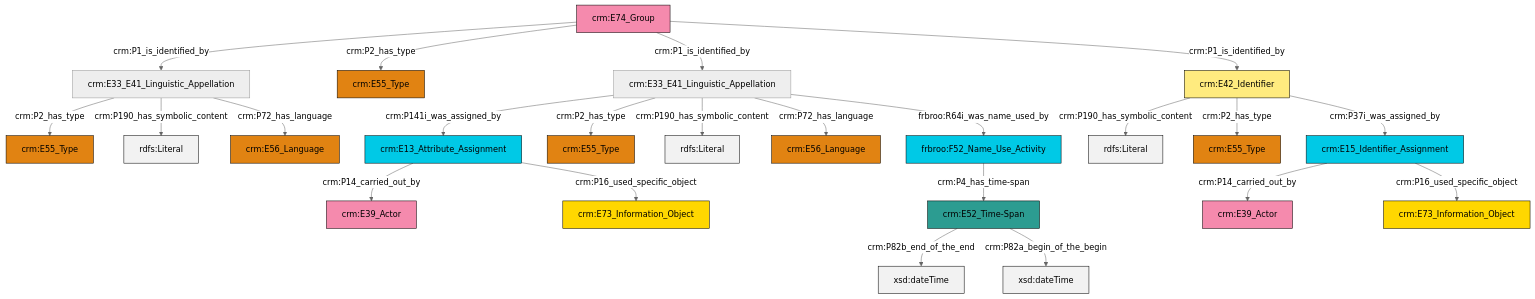
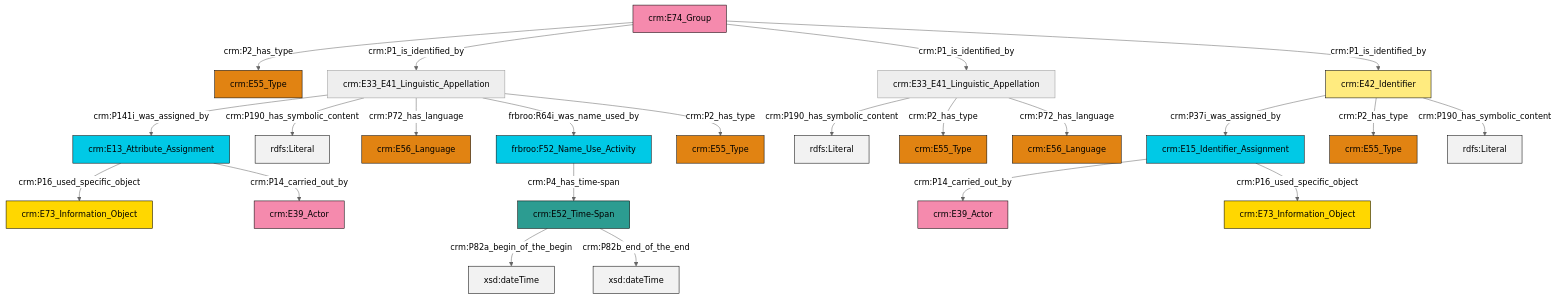
Before and after one commit to swiss-art-research-net/docs.swissartresearch: the diagram in et/groupCSV/ttl/mmd/group_name.ttl.mmd, drawn with Mermaid (neutral theme). The commit also changed 180 other files, not shown here.

```diff
--- a/et/groupCSV/ttl/mmd/group_name.ttl.mmd
+++ b/et/groupCSV/ttl/mmd/group_name.ttl.mmd
@@ -1,37 +1,37 @@
 graph TD
 classDef Literal fill:#f2f2f2,stroke:#000000;
 classDef CRM_Entity fill:#FFFFFF,stroke:#000000;
 classDef Temporal_Entity fill:#00C9E6, stroke:#000000;
 classDef Type fill:#E18312, stroke:#000000;
 classDef Time-Span fill:#2C9C91, stroke:#000000;
 classDef Appellation fill:#FFEB7F, stroke:#000000;
 classDef Place fill:#008836, stroke:#000000;
 classDef Persistent_Item fill:#B266B2, stroke:#000000;
 classDef Conceptual_Object fill:#FFD700, stroke:#000000;
 classDef Physical_Thing fill:#D2B48C, stroke:#000000;
 classDef Actor fill:#f58aad, stroke:#000000;
 classDef PC_Classes fill:#4ce600, stroke:#000000;
 classDef Multi fill:#cccccc,stroke:#000000;
 
-4["crm:E74_Group"]:::Actor -->|crm:P1_is_identified_by| 5["crm:E33_E41_Linguistic_Appellation"]:::Default
-12["crm:E42_Identifier"]:::Appellation -->|crm:P190_has_symbolic_content| 13[rdfs:Literal]:::Literal
-6["crm:E33_E41_Linguistic_Appellation"]:::Default -->|crm:P141i_was_assigned_by| 17["crm:E13_Attribute_Assignment"]:::Temporal_Entity
-6["crm:E33_E41_Linguistic_Appellation"]:::Default -->|crm:P2_has_type| 20["crm:E55_Type"]:::Type
-6["crm:E33_E41_Linguistic_Appellation"]:::Default -->|crm:P190_has_symbolic_content| 22[rdfs:Literal]:::Literal
-5["crm:E33_E41_Linguistic_Appellation"]:::Default -->|crm:P2_has_type| 14["crm:E55_Type"]:::Type
-4["crm:E74_Group"]:::Actor -->|crm:P2_has_type| 23["crm:E55_Type"]:::Type
-24["crm:E15_Identifier_Assignment"]:::Temporal_Entity -->|crm:P14_carried_out_by| 25["crm:E39_Actor"]:::Actor
-12["crm:E42_Identifier"]:::Appellation -->|crm:P2_has_type| 28["crm:E55_Type"]:::Type
-2["crm:E52_Time-Span"]:::Time-Span -->|crm:P82b_end_of_the_end| 29[xsd:dateTime]:::Literal
-24["crm:E15_Identifier_Assignment"]:::Temporal_Entity -->|crm:P16_used_specific_object| 30["crm:E73_Information_Object"]:::Conceptual_Object
-5["crm:E33_E41_Linguistic_Appellation"]:::Default -->|crm:P190_has_symbolic_content| 31[rdfs:Literal]:::Literal
-6["crm:E33_E41_Linguistic_Appellation"]:::Default -->|crm:P72_has_language| 26["crm:E56_Language"]:::Type
-6["crm:E33_E41_Linguistic_Appellation"]:::Default -->|frbroo:R64i_was_name_used_by| 0["frbroo:F52_Name_Use_Activity"]:::Temporal_Entity
-12["crm:E42_Identifier"]:::Appellation -->|crm:P37i_was_assigned_by| 24["crm:E15_Identifier_Assignment"]:::Temporal_Entity
-0["frbroo:F52_Name_Use_Activity"]:::Temporal_Entity -->|crm:P4_has_time-span| 2["crm:E52_Time-Span"]:::Time-Span
-17["crm:E13_Attribute_Assignment"]:::Temporal_Entity -->|crm:P14_carried_out_by| 35["crm:E39_Actor"]:::Actor
-17["crm:E13_Attribute_Assignment"]:::Temporal_Entity -->|crm:P16_used_specific_object| 10["crm:E73_Information_Object"]:::Conceptual_Object
-4["crm:E74_Group"]:::Actor -->|crm:P1_is_identified_by| 6["crm:E33_E41_Linguistic_Appellation"]:::Default
-4["crm:E74_Group"]:::Actor -->|crm:P1_is_identified_by| 12["crm:E42_Identifier"]:::Appellation
-5["crm:E33_E41_Linguistic_Appellation"]:::Default -->|crm:P72_has_language| 8["crm:E56_Language"]:::Type
-2["crm:E52_Time-Span"]:::Time-Span -->|crm:P82a_begin_of_the_begin| 38[xsd:dateTime]:::Literal
+0["crm:E42_Identifier"]:::Appellation -->|crm:P37i_was_assigned_by| 1["crm:E15_Identifier_Assignment"]:::Temporal_Entity
+1["crm:E15_Identifier_Assignment"]:::Temporal_Entity -->|crm:P14_carried_out_by| 4["crm:E39_Actor"]:::Actor
+0["crm:E42_Identifier"]:::Appellation -->|crm:P2_has_type| 5["crm:E55_Type"]:::Type
+6["frbroo:F52_Name_Use_Activity"]:::Temporal_Entity -->|crm:P4_has_time-span| 7["crm:E52_Time-Span"]:::Time-Span
+12["crm:E33_E41_Linguistic_Appellation"]:::Default -->|crm:P141i_was_assigned_by| 8["crm:E13_Attribute_Assignment"]:::Temporal_Entity
+7["crm:E52_Time-Span"]:::Time-Span -->|crm:P82a_begin_of_the_begin| 13[xsd:dateTime]:::Literal
+14["crm:E33_E41_Linguistic_Appellation"]:::Default -->|crm:P190_has_symbolic_content| 15[rdfs:Literal]:::Literal
+17["crm:E74_Group"]:::Actor -->|crm:P2_has_type| 18["crm:E55_Type"]:::Type
+8["crm:E13_Attribute_Assignment"]:::Temporal_Entity -->|crm:P16_used_specific_object| 19["crm:E73_Information_Object"]:::Conceptual_Object
+14["crm:E33_E41_Linguistic_Appellation"]:::Default -->|crm:P2_has_type| 21["crm:E55_Type"]:::Type
+12["crm:E33_E41_Linguistic_Appellation"]:::Default -->|crm:P190_has_symbolic_content| 23[rdfs:Literal]:::Literal
+12["crm:E33_E41_Linguistic_Appellation"]:::Default -->|crm:P72_has_language| 24["crm:E56_Language"]:::Type
+12["crm:E33_E41_Linguistic_Appellation"]:::Default -->|frbroo:R64i_was_name_used_by| 6["frbroo:F52_Name_Use_Activity"]:::Temporal_Entity
+8["crm:E13_Attribute_Assignment"]:::Temporal_Entity -->|crm:P14_carried_out_by| 10["crm:E39_Actor"]:::Actor
+7["crm:E52_Time-Span"]:::Time-Span -->|crm:P82b_end_of_the_end| 27[xsd:dateTime]:::Literal
+12["crm:E33_E41_Linguistic_Appellation"]:::Default -->|crm:P2_has_type| 25["crm:E55_Type"]:::Type
+14["crm:E33_E41_Linguistic_Appellation"]:::Default -->|crm:P72_has_language| 32["crm:E56_Language"]:::Type
+1["crm:E15_Identifier_Assignment"]:::Temporal_Entity -->|crm:P16_used_specific_object| 2["crm:E73_Information_Object"]:::Conceptual_Object
+17["crm:E74_Group"]:::Actor -->|crm:P1_is_identified_by| 12["crm:E33_E41_Linguistic_Appellation"]:::Default
+17["crm:E74_Group"]:::Actor -->|crm:P1_is_identified_by| 14["crm:E33_E41_Linguistic_Appellation"]:::Default
+17["crm:E74_Group"]:::Actor -->|crm:P1_is_identified_by| 0["crm:E42_Identifier"]:::Appellation
+0["crm:E42_Identifier"]:::Appellation -->|crm:P190_has_symbolic_content| 41[rdfs:Literal]:::Literal
```
